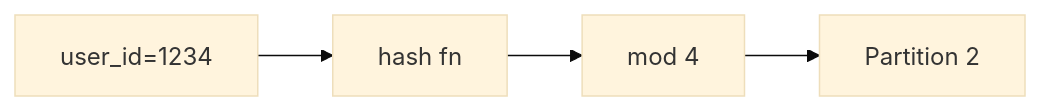
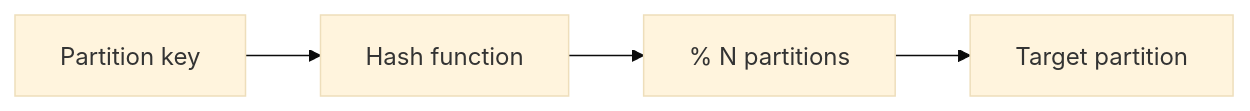
The third of 44 diagrams in 05-distributed-databases/README.md (hareramcse/SystemDesign), drawn with Mermaid (base theme) before and after one commit. The commit also changed other lines of this file, not shown here.

````diff
--- a/05-distributed-databases/README.md
+++ b/05-distributed-databases/README.md
@@ -354,6 +220,4 @@
 ```mermaid
 flowchart LR
-    Key[user_id=1234] --> Hash[hash fn]
-    Hash --> Mod[mod 4]
-    Mod --> P2[Partition 2]
+    Key[Partition key] --> H[Hash function] --> Mod["% N partitions"] --> P[Target partition]
 ```
````
